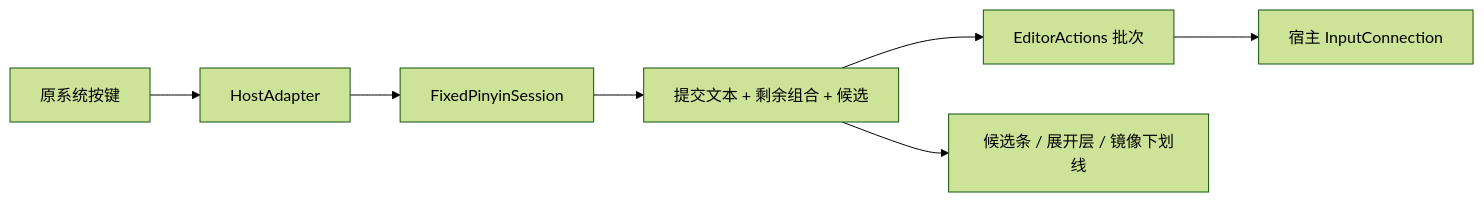
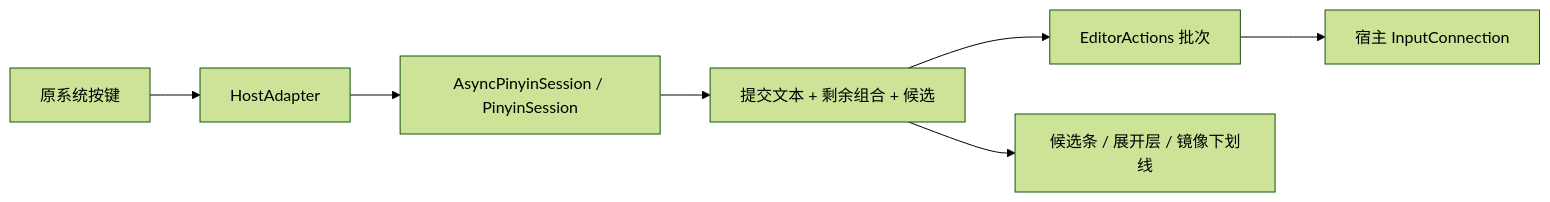
The diagram in docs/ARCHITECTURE.md (Powdered-Delta/quest-ime-pinyin), drawn with Mermaid (forest theme) before and after one commit. The commit also changed other lines of this file and 26 other files, not shown here.

````diff
--- a/docs/ARCHITECTURE.md
+++ b/docs/ARCHITECTURE.md
@@ -3,9 +3,9 @@
 ```mermaid
 flowchart LR
   Keys[原系统按键] --> Hook[HostAdapter]
-  Hook --> Session[FixedPinyinSession]
+  Hook --> Session[AsyncPinyinSession / PinyinSession]
   Session --> Result[提交文本 + 剩余组合 + 候选]
   Result --> Actions[EditorActions 批次]
   Actions --> IC[宿主 InputConnection]
   Result --> UI[候选条 / 展开层 / 镜像下划线]
 ```
````
